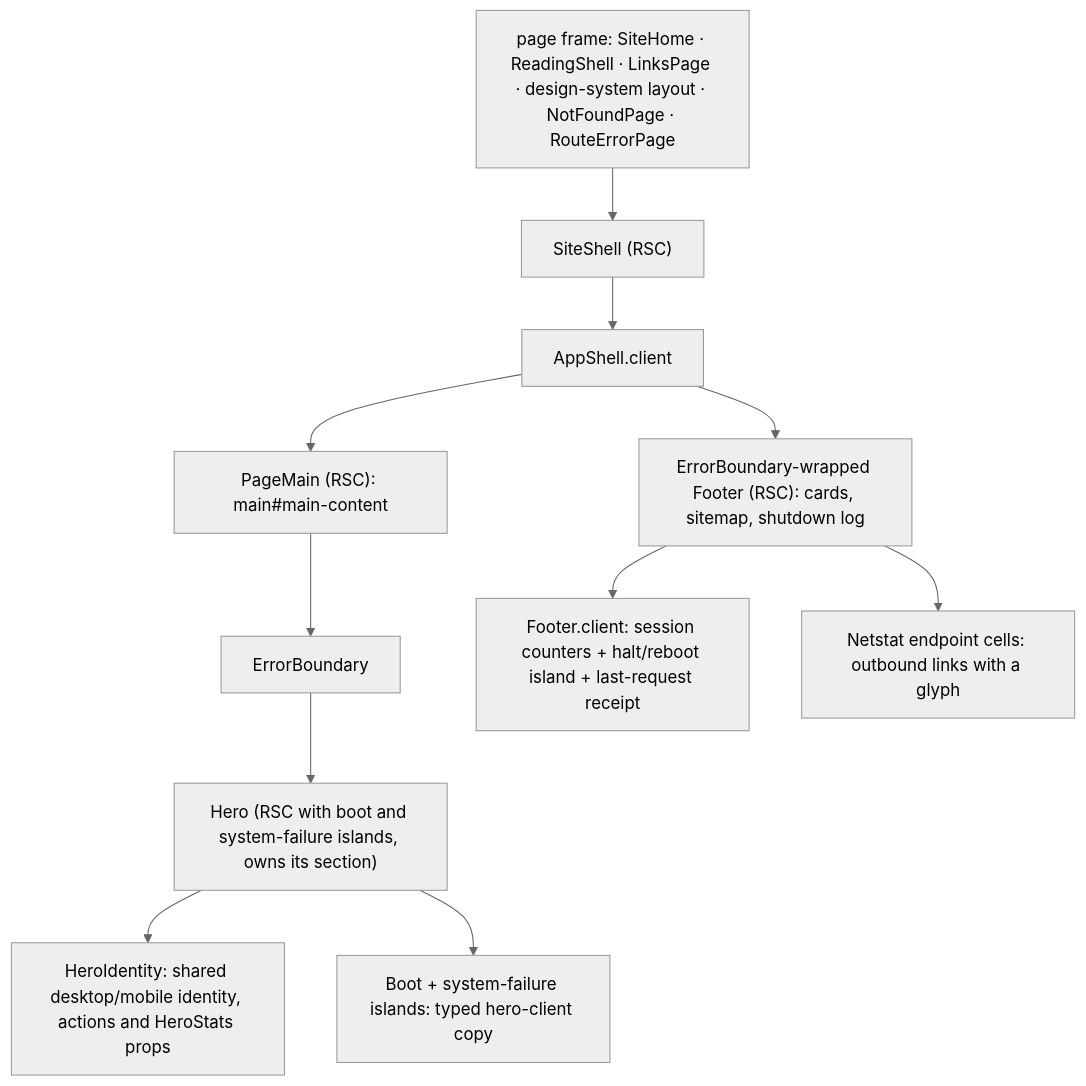
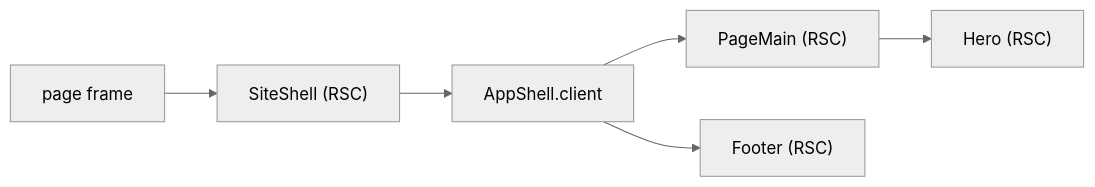
The first of 5 diagrams in docs/04-components-and-state.md (erikunha/portfolio), drawn with Mermaid (neutral theme) before and after one commit. The commit also changed other lines of this file and 1454 other files, not shown here.

First line of the commit message:
refactor(architecture): milestones M0 to M14 and native ci:full (#423)

````diff
--- a/docs/04-components-and-state.md
+++ b/docs/04-components-and-state.md
@@ -53,12 +53,6 @@
 ```mermaid
-flowchart TD
-    page["page frame: SiteHome · ReadingShell · LinksPage · design-system layout · NotFoundPage · RouteErrorPage"] --> siteshell["SiteShell (RSC)"] --> shell["AppShell.client"]
-    shell --> main["PageMain (RSC): main#main-content"]
-    main --> eb["ErrorBoundary"]
-    eb --> hero["Hero (RSC with boot and system-failure islands, owns its section)"]
-    hero --> identity["HeroIdentity: shared desktop/mobile identity, actions and HeroStats props"]
-    hero --> clientcopy["Boot + system-failure islands: typed hero-client copy"]
-    shell --> fl["ErrorBoundary-wrapped Footer (RSC): cards, sitemap, shutdown log"]
-    fl --> fi["Footer.client: session counters + halt/reboot island + last-request receipt"]
-    fl --> fc["Netstat endpoint cells: outbound links with a glyph"]
+flowchart LR
+    page["page frame"] --> site["SiteShell (RSC)"] --> app["AppShell.client"]
+    app --> main["PageMain (RSC)"] --> hero["Hero (RSC)"]
+    app --> footer["Footer (RSC)"]
 ```
````
